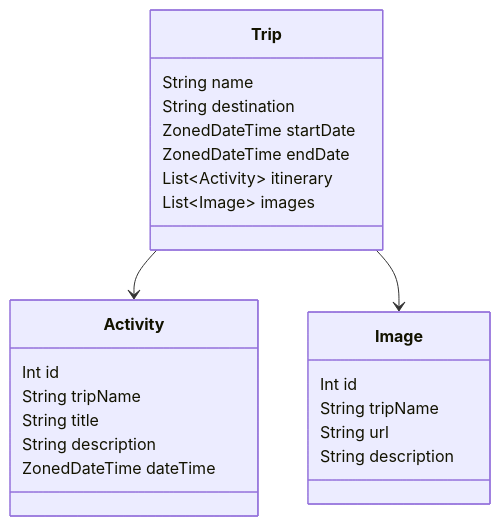
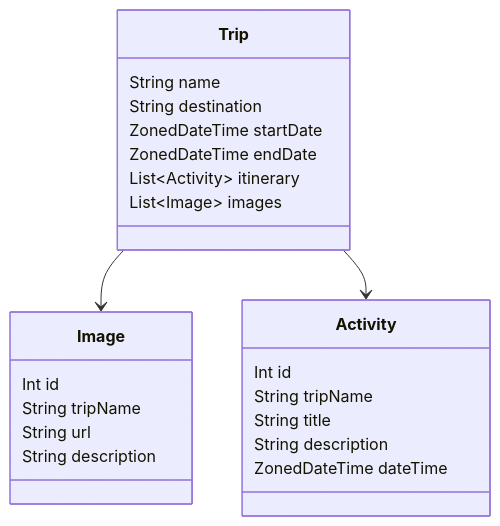
The first of 2 diagrams in docs/Design.md (xBlanco/Zeni), drawn with Mermaid before and after one commit. The commit also changed other lines of this file and 1 other file, not shown here.

Commit message:
Schema sql

````diff
--- a/docs/Design.md
+++ b/docs/Design.md
@@ -54,29 +54,29 @@
 ```mermaid
 classDiagram
+Trip --> Image
 Trip --> Activity
-Trip --> Image
 
 class Trip {
     String name
     String destination
     ZonedDateTime startDate
     ZonedDateTime endDate
     List~Activity~ itinerary
     List~Image~ images
 }
 
 class Image {
     Int id
     String tripName
     String url
     String description
 }
 
 class Activity {
     Int id
     String tripName
     String title
     String description
     ZonedDateTime dateTime
 }
 ```
````
